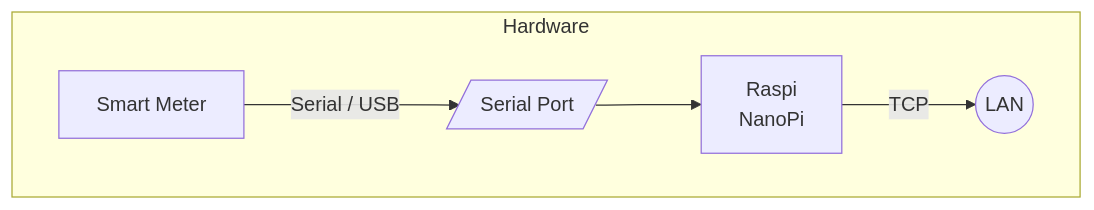
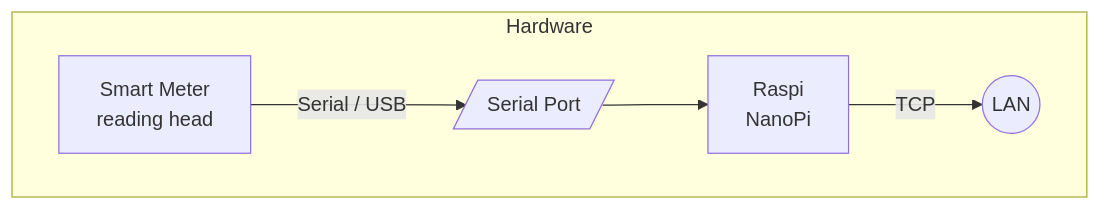
The first of 2 diagrams in README.md (josef109/sml_rust), drawn with Mermaid before and after one commit. The commit also changed other lines of this file and 9 other files, not shown here.

````diff
--- a/README.md
+++ b/README.md
@@ -24,6 +24,6 @@
 ```mermaid
 graph TD
     subgraph Hardware
-        Meter[Smart Meter] -->|Serial / USB| SerialPort[/"Serial Port"/] --> x[Raspi <br>NanoPi] -->|TCP| cloud((LAN))
+        Meter[Smart Meter<br>reading head] -->|Serial / USB| SerialPort[/"Serial Port"/] --> x[Raspi <br>NanoPi] -->|TCP| cloud((LAN))
     end
 ```    
````
